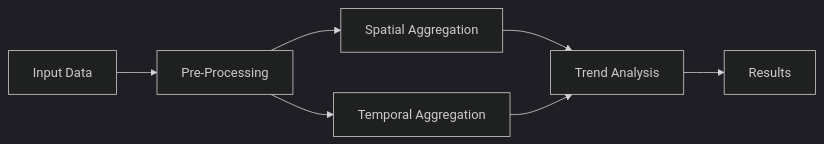
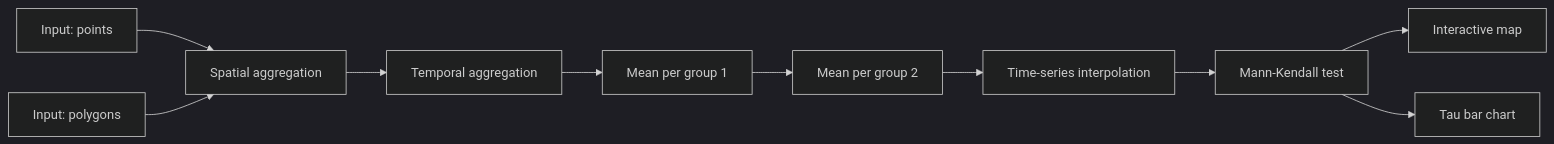
The diagram in docs/trainings/gulf-of-riga/08_workflow_details.md (Mehrad1994/AquaINFRA_Training_Handbooks), drawn with Mermaid (dark theme) before and after one commit. The commit also changed other lines of this file and 31 other files, not shown here.

````diff
--- a/docs/trainings/gulf-of-riga/08_workflow_details.md
+++ b/docs/trainings/gulf-of-riga/08_workflow_details.md
@@ -21,9 +35,12 @@
 ```mermaid
-graph LR
-    A[Input Data] --> B[Pre-Processing]
-    B --> C[Spatial Aggregation]
-    B --> D[Temporal Aggregation]
-    C --> E[Trend Analysis]
-    D --> E
-    E --> F[Results]
+flowchart LR
+    A[Input: points] --> B[Spatial aggregation]
+    A2[Input: polygons] --> B
+    B --> C[Temporal aggregation]
+    C --> D1[Mean per group 1]
+    D1 --> D2[Mean per group 2]
+    D2 --> E[Time-series interpolation]
+    E --> F[Mann-Kendall test]
+    F --> G1[Interactive map]
+    F --> G2[Tau bar chart]
 ```
````
